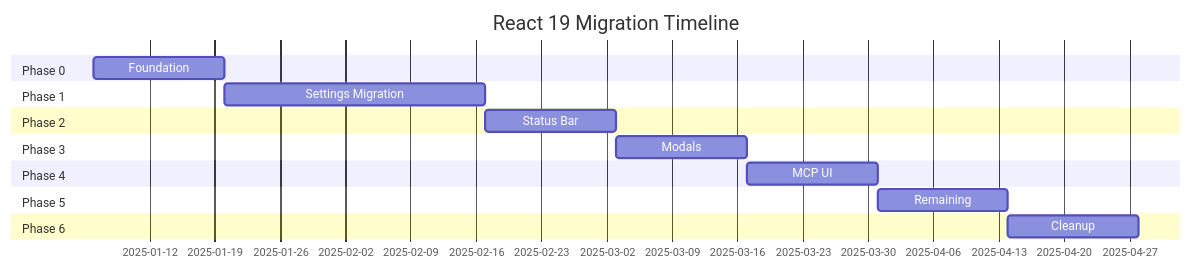
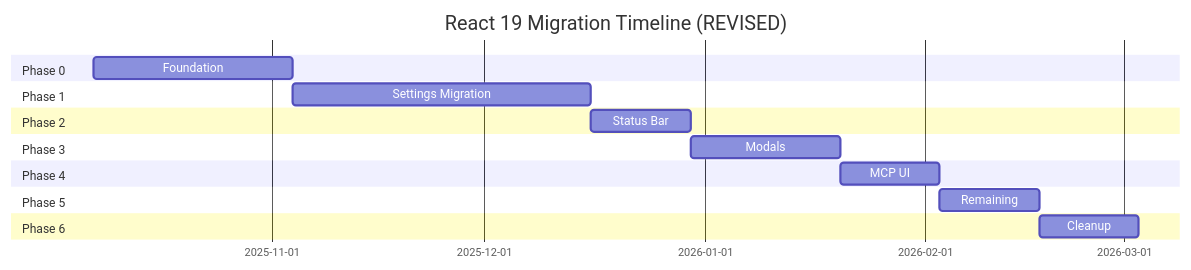
One commit to TarsLab/obsidian-tars changed the sixth of 6 diagrams in docs/react-migration-plan.md. Above: the diagram before and after it, drawn with Mermaid. The commit also changed other lines of this file, not shown here.

Commit message:
wip: update migrate to react plan

````diff
--- a/docs/react-migration-plan.md
+++ b/docs/react-migration-plan.md
@@ -1878,19 +1994,19 @@
 ```mermaid
 gantt
-    title React 19 Migration Timeline
+    title React 19 Migration Timeline (REVISED)
     dateFormat  YYYY-MM-DD
     section Phase 0
-    Foundation           :p0, 2025-01-06, 14d
+    Foundation           :p0, 2025-10-07, 28d
     section Phase 1
-    Settings Migration   :p1, after p0, 28d
+    Settings Migration   :p1, after p0, 42d
     section Phase 2
     Status Bar          :p2, after p1, 14d
     section Phase 3
-    Modals              :p3, after p2, 14d
+    Modals              :p3, after p2, 21d
     section Phase 4
     MCP UI              :p4, after p3, 14d
     section Phase 5
     Remaining           :p5, after p4, 14d
     section Phase 6
     Cleanup             :p6, after p5, 14d
 ```
````
